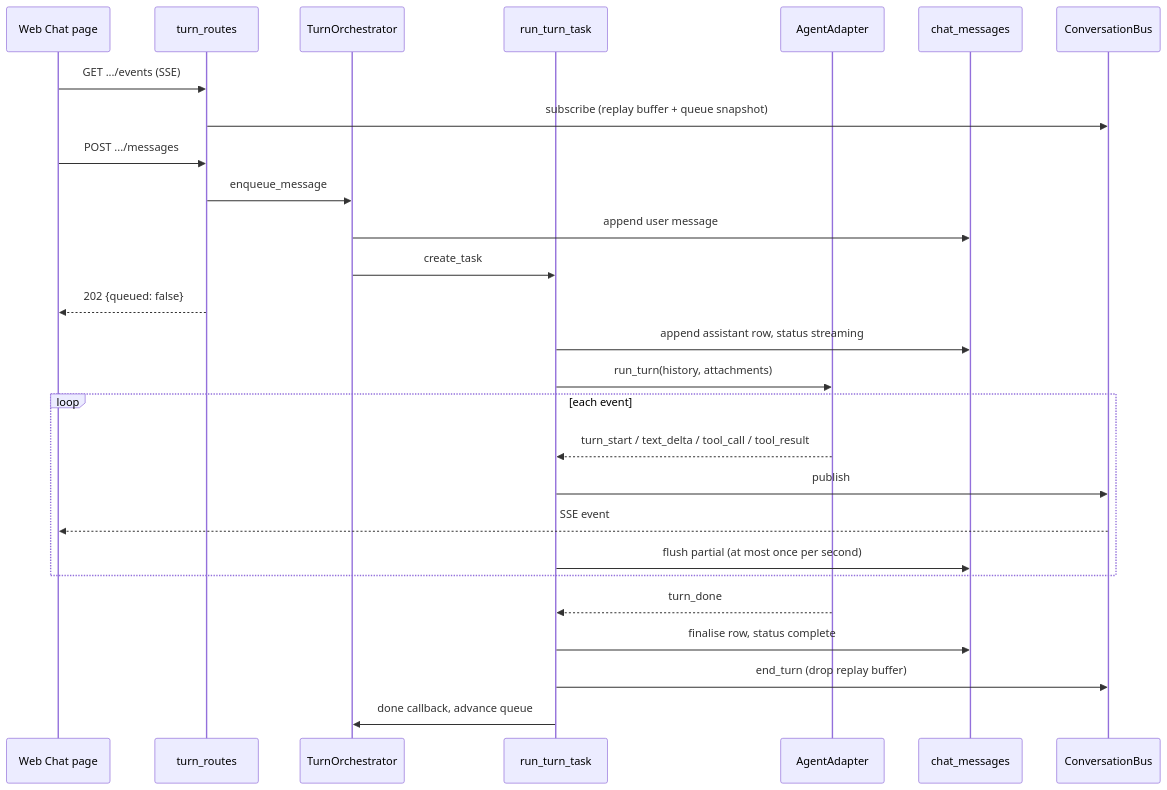
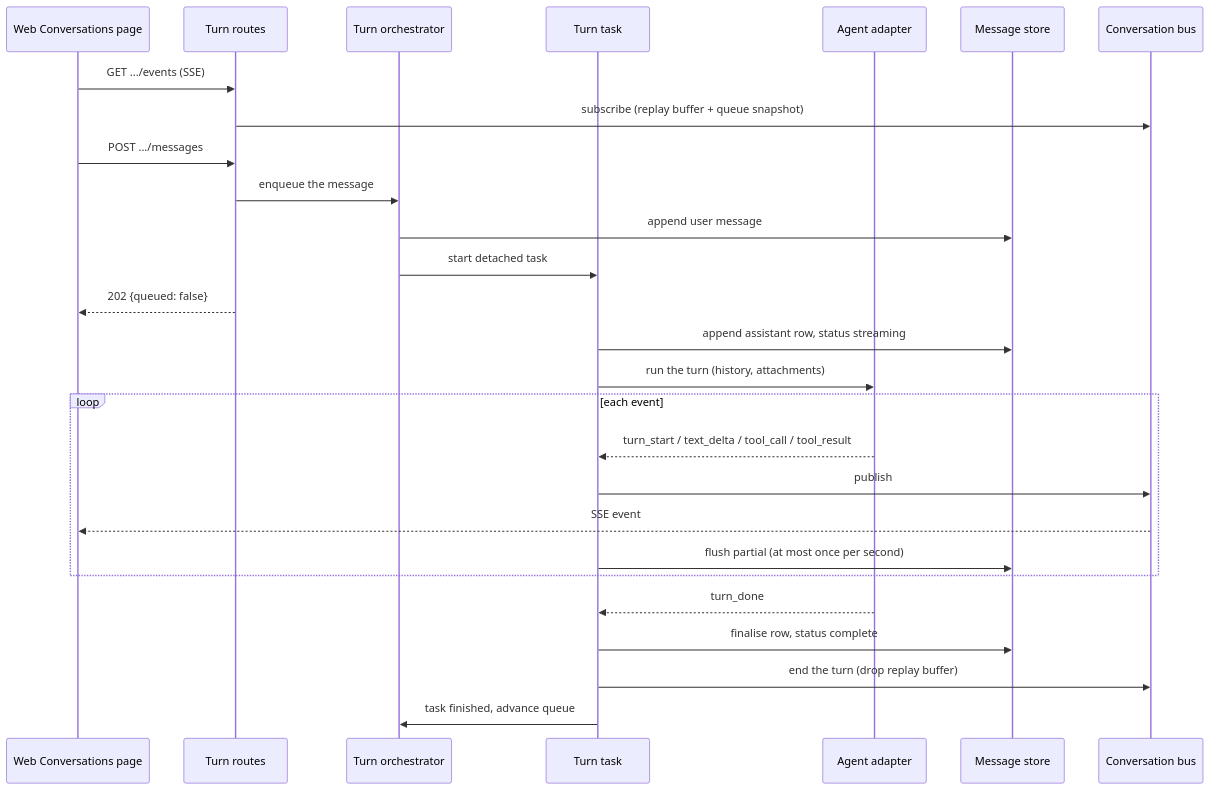
One commit to wyx-sg/Coffer changed the first of 3 diagrams in docs-site/architecture/chat.md. Above: the diagram before and after it, drawn with Mermaid. The commit also changed other lines of this file and 4384 other files, not shown here.

````diff
--- a/docs-site/architecture/chat.md
+++ b/docs-site/architecture/chat.md
@@ -93,30 +92,30 @@
 ```mermaid
 sequenceDiagram
-    participant UI as Web Chat page
-    participant API as turn_routes
-    participant O as TurnOrchestrator
-    participant R as run_turn_task
-    participant A as AgentAdapter
-    participant DB as chat_messages
-    participant Bus as ConversationBus
+    participant UI as Web Conversations page
+    participant API as Turn routes
+    participant O as Turn orchestrator
+    participant R as Turn task
+    participant A as Agent adapter
+    participant DB as Message store
+    participant Bus as Conversation bus
 
     UI->>API: GET .../events (SSE)
     API->>Bus: subscribe (replay buffer + queue snapshot)
     UI->>API: POST .../messages
-    API->>O: enqueue_message
+    API->>O: enqueue the message
     O->>DB: append user message
-    O->>R: create_task
+    O->>R: start detached task
     API-->>UI: 202 {queued: false}
     R->>DB: append assistant row, status streaming
-    R->>A: run_turn(history, attachments)
+    R->>A: run the turn (history, attachments)
     loop each event
         A-->>R: turn_start / text_delta / tool_call / tool_result
         R->>Bus: publish
         Bus-->>UI: SSE event
         R->>DB: flush partial (at most once per second)
     end
     A-->>R: turn_done
     R->>DB: finalise row, status complete
-    R->>Bus: end_turn (drop replay buffer)
-    R->>O: done callback, advance queue
+    R->>Bus: end the turn (drop replay buffer)
+    R->>O: task finished, advance queue
 ```
````
